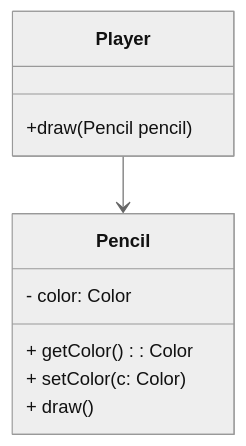
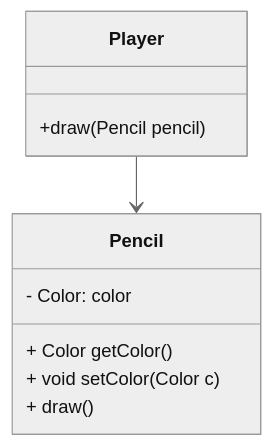
One commit to nbicocchi/learn-java-core changed the first of 10 diagrams in slides/E3.3 - Java Classes (Interfaces, abstract classes).md. Above: the diagram before and after it, drawn with Mermaid (neutral theme). The commit also changed other lines of this file and 1 other file, not shown here.

````diff
--- a/slides/E3.3 - Java Classes (Interfaces, abstract classes).md
+++ b/slides/E3.3 - Java Classes (Interfaces, abstract classes).md
@@ -10,15 +10,15 @@
 ```mermaid
 classDiagram
    class Pencil {
-      - color: Color
-      + getColor(): Color
-      + setColor(c: Color)
+      - Color: color
+      + Color getColor()
+      + void setColor(Color c)
       + draw()
    }
 
     class Player {
         +draw(Pencil pencil)
     }
 
     Player --> Pencil
 ```
````
